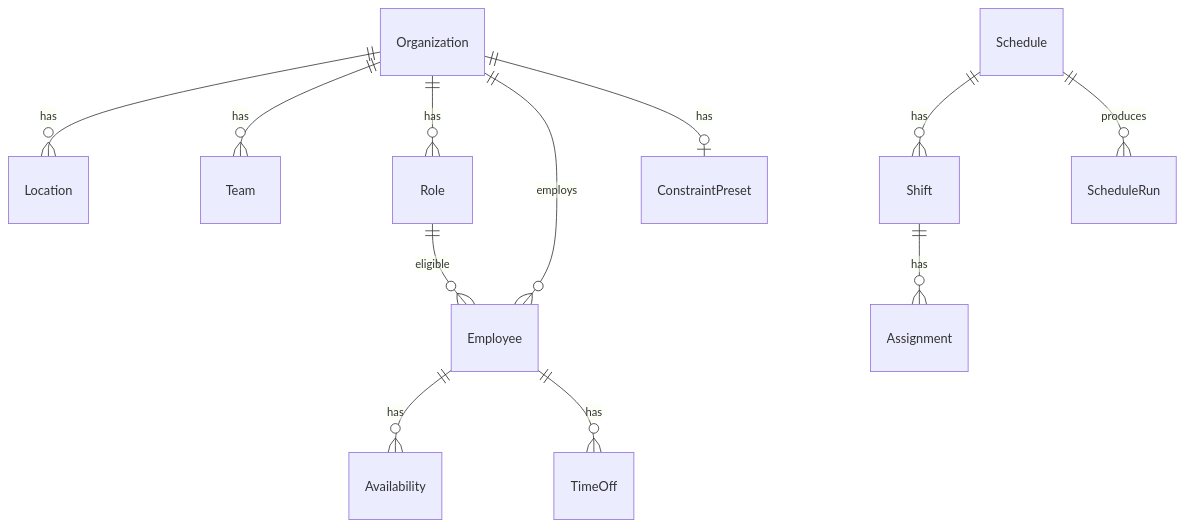
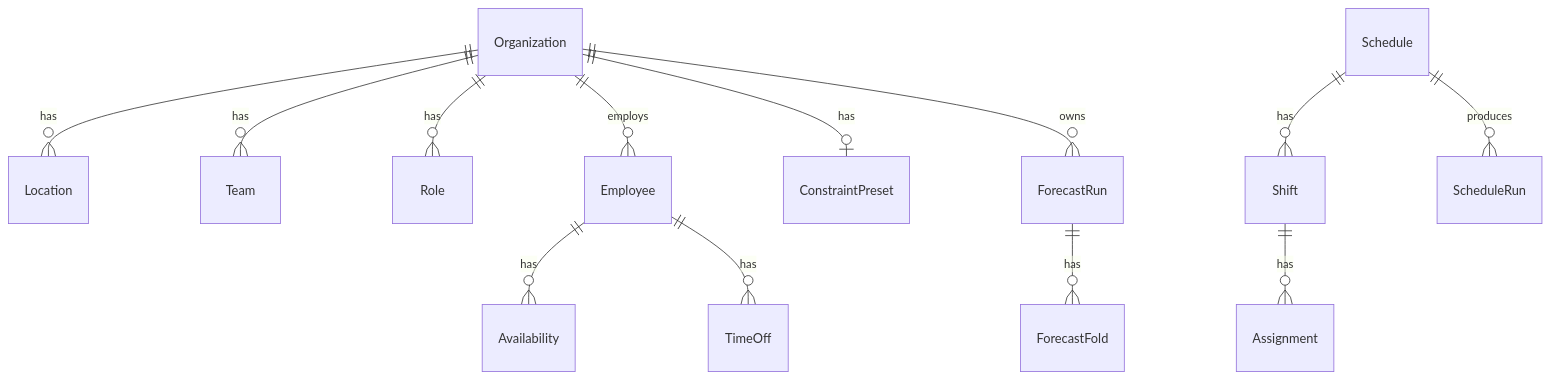
One commit to atishayit/shift-sense changed the second of 2 diagrams in README.md. Above: the diagram before and after it, drawn with Mermaid. The commit also changed other lines of this file, not shown here.

````diff
--- a/README.md
+++ b/README.md
@@ -76,17 +80,19 @@
 ```mermaid
 erDiagram
   Organization ||--o{ Location : has
   Organization ||--o{ Team : has
   Organization ||--o{ Role : has
   Organization ||--o{ Employee : employs
 
   Employee ||--o{ Availability : has
   Employee ||--o{ TimeOff : has
-  Role ||--o{ Employee : eligible
 
   Schedule ||--o{ Shift : has
   Shift ||--o{ Assignment : has
   Schedule ||--o{ ScheduleRun : produces
 
   Organization ||--o| ConstraintPreset : has
+
+  ForecastRun ||--o{ ForecastFold : has
+  Organization ||--o{ ForecastRun : owns
 ```
````
